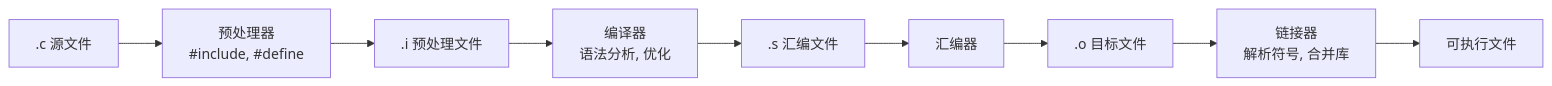
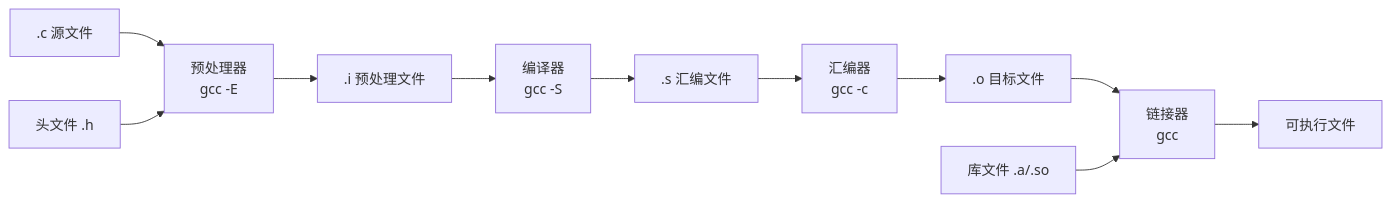
One commit to Awesome-Embedded-Learning-Studio/Tutorial_AwesomeModernCPP changed the diagram in documents/en/vol1-fundamentals/c_tutorials/01-program-structure-and-compilation.md. Above: the diagram before and after it, drawn with Mermaid. The commit also changed other lines of this file and 388 other files, not shown here.

````diff
--- a/documents/en/vol1-fundamentals/c_tutorials/01-program-structure-and-compilation.md
+++ b/documents/en/vol1-fundamentals/c_tutorials/01-program-structure-and-compilation.md
@@ -159,11 +165,14 @@
 ```mermaid
 flowchart LR
-    A[".c 源文件"] --> B["预处理器<br/>#include, #define"]
+    A[".c 源文件"] --> B["预处理器<br/>gcc -E"]
     B --> C[".i 预处理文件"]
-    C --> D["编译器<br/>语法分析, 优化"]
+    C --> D["编译器<br/>gcc -S"]
     D --> E[".s 汇编文件"]
-    E --> F["汇编器"]
+    E --> F["汇编器<br/>gcc -c"]
     F --> G[".o 目标文件"]
-    G --> H["链接器<br/>解析符号, 合并库"]
+    G --> H["链接器<br/>gcc"]
     H --> I["可执行文件"]
+
+    J["头文件 .h"] --> B
+    K["库文件 .a/.so"] --> H
 ```
````
